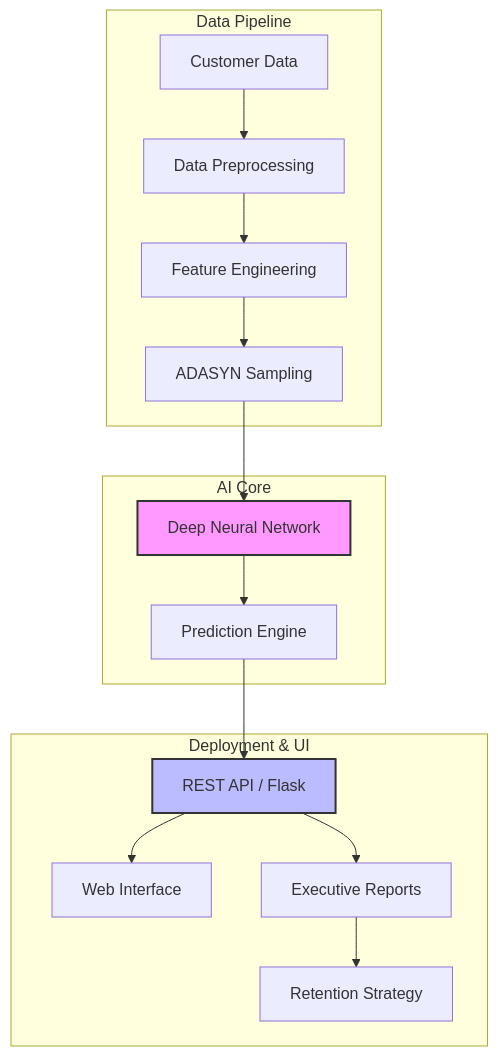
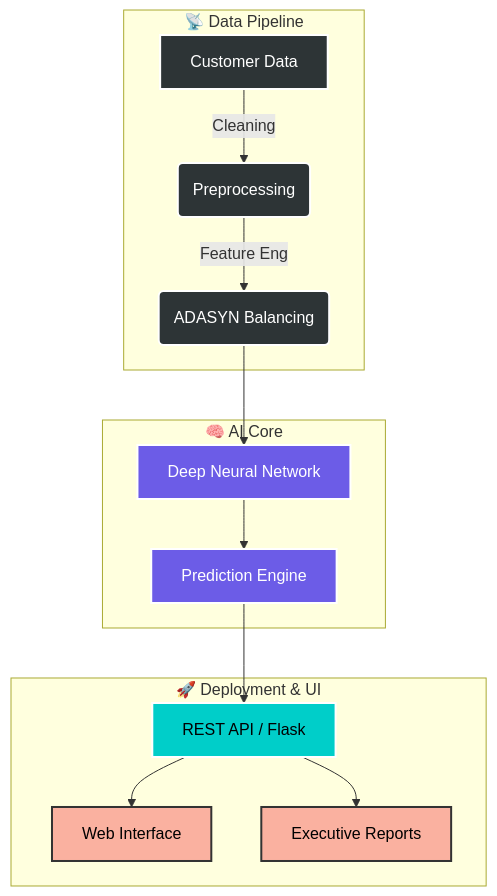
Before and after one commit to noushad999/prepaid-churn-prediction: the diagram in README.md, drawn with Mermaid. The commit also changed other lines of this file, not shown here.

`````diff
--- a/README.md
+++ b/README.md
@@ -45,23 +54,30 @@
 ```mermaid
-graph TB
-    subgraph "Data Pipeline"
-    A[Customer Data] --> B[Data Preprocessing]
-    B --> C[Feature Engineering]
-    C --> D[ADASYN Sampling]
+graph TD
+    %% Define Styles
+    classDef dark fill:#2d3436,stroke:#fff,stroke-width:2px,color:#fff;
+    classDef ai fill:#6c5ce7,stroke:#fff,stroke-width:2px,color:#fff;
+    classDef api fill:#00cec9,stroke:#fff,stroke-width:2px,color:#000;
+    classDef ui fill:#fab1a0,stroke:#333,stroke-width:2px,color:#000;
+
+    subgraph Data_Pipeline [📡 Data Pipeline]
+        A[Customer Data] -->|Cleaning| B(Preprocessing)
+        B -->|Feature Eng| C(ADASYN Balancing)
     end
 
-    subgraph "AI Core"
-    D --> E[Deep Neural Network]
-    E --> F[Prediction Engine]
+    subgraph AI_Core [🧠 AI Core]
+        C --> D[Deep Neural Network]
+        D --> E[Prediction Engine]
     end
 
-    subgraph "Deployment & UI"
-    F --> G[REST API / Flask]
-    G --> H[Web Interface]
-    G --> I[Executive Reports]
-    I --> J[Retention Strategy]
+    subgraph Deployment [🚀 Deployment & UI]
+        E --> F[REST API / Flask]
+        F --> G[Web Interface]
+        F --> H[Executive Reports]
     end
 
-    style E fill:#f9f,stroke:#333,stroke-width:2px
-    style G fill:#bbf,stroke:#333,stroke-width:2px
+    %% Apply Styles
+    class A,B,C dark;
+    class D,E ai;
+    class F api;
+    class G,H ui;
 ````
`````
